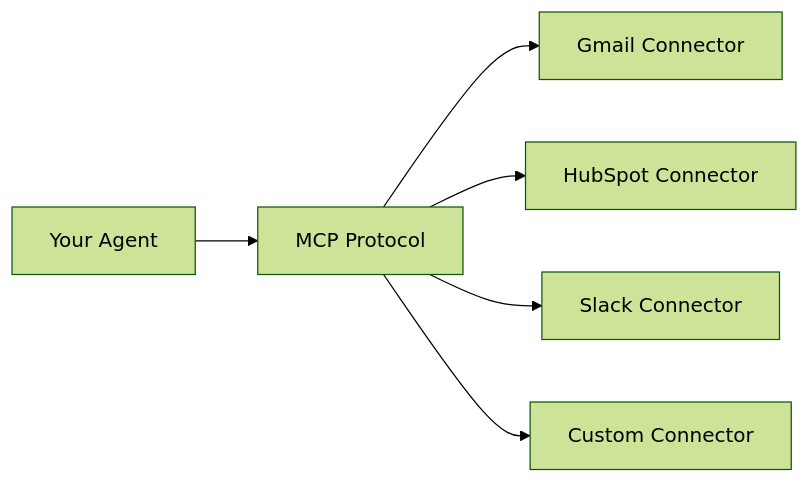
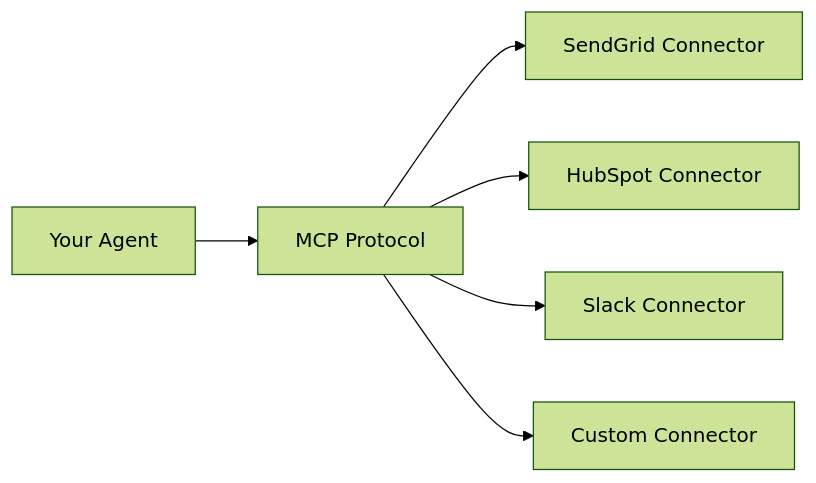
The diagram in integrations/mcp-overview.mdx (boostgpt/docs), drawn with Mermaid (forest theme) before and after one commit. The commit also changed other lines of this file and 31 other files, not shown here.

````diff
--- a/integrations/mcp-overview.mdx
+++ b/integrations/mcp-overview.mdx
@@ -12,8 +12,8 @@
 ```mermaid
 graph LR
     A[Your Agent] --> B[MCP Protocol]
-    B --> C[Gmail Connector]
+    B --> C[SendGrid Connector]
     B --> D[HubSpot Connector]
     B --> E[Slack Connector]
     B --> F[Custom Connector]
 ```
````
